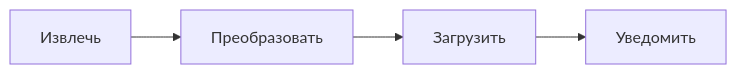
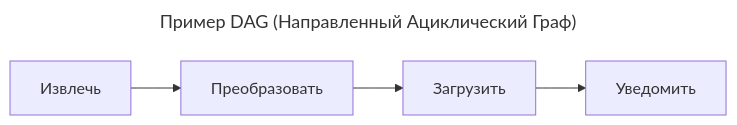
The first of 3 diagrams in software-architect/ai/технологии/DAG.md (mrtxee/enterprise-developer-almanac), drawn with Mermaid before and after one commit. The commit also changed other lines of this file and 1014 other files, not shown here.

````diff
--- a/software-architect/ai/технологии/DAG.md
+++ b/software-architect/ai/технологии/DAG.md
@@ -34,6 +35,9 @@
 ```mermaid
+---
+title: Пример DAG (Направленный Ациклический Граф)
+---
 graph LR
     A[Извлечь] --> B[Преобразовать]
     B --> C[Загрузить]
     C --> D[Уведомить]
 ```
````
